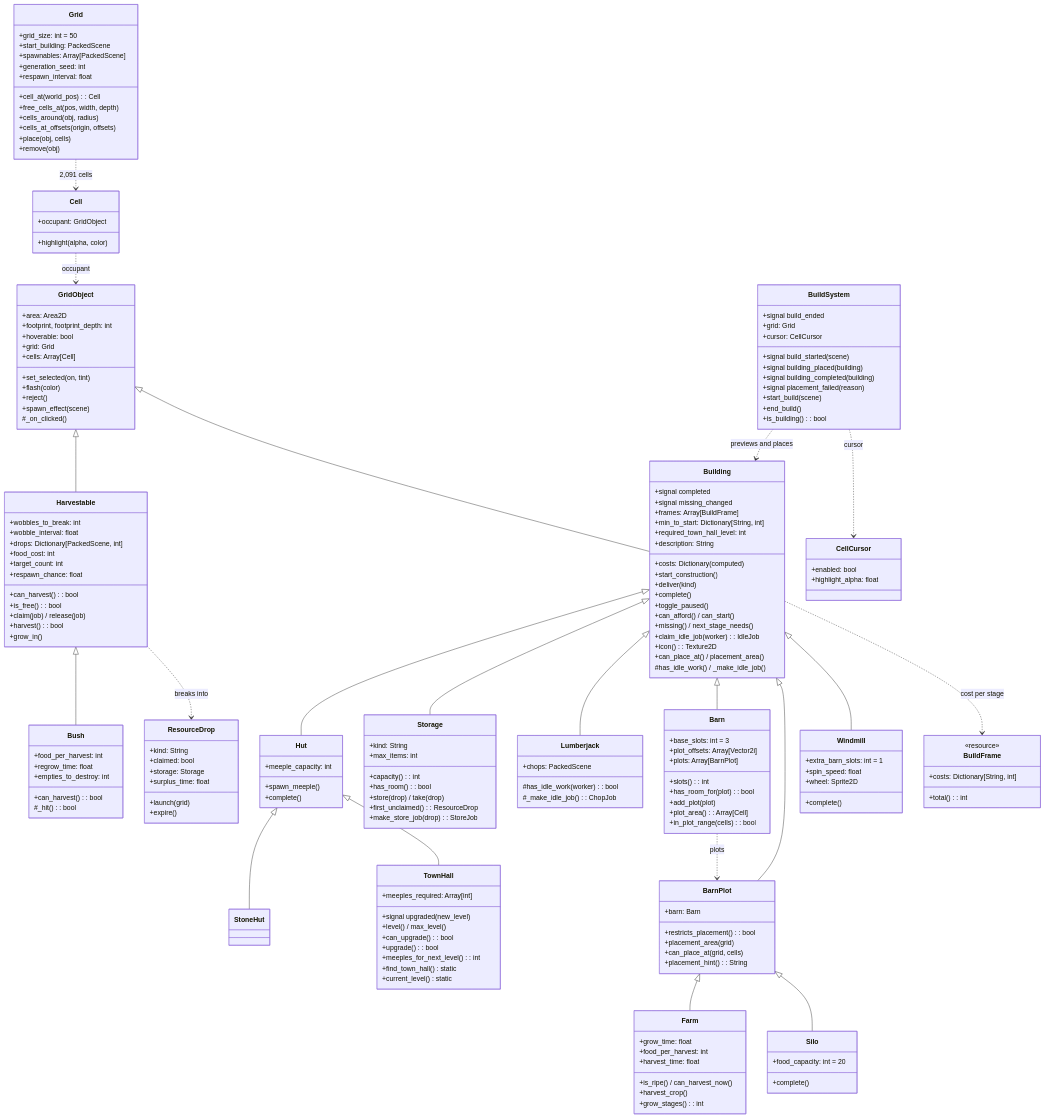
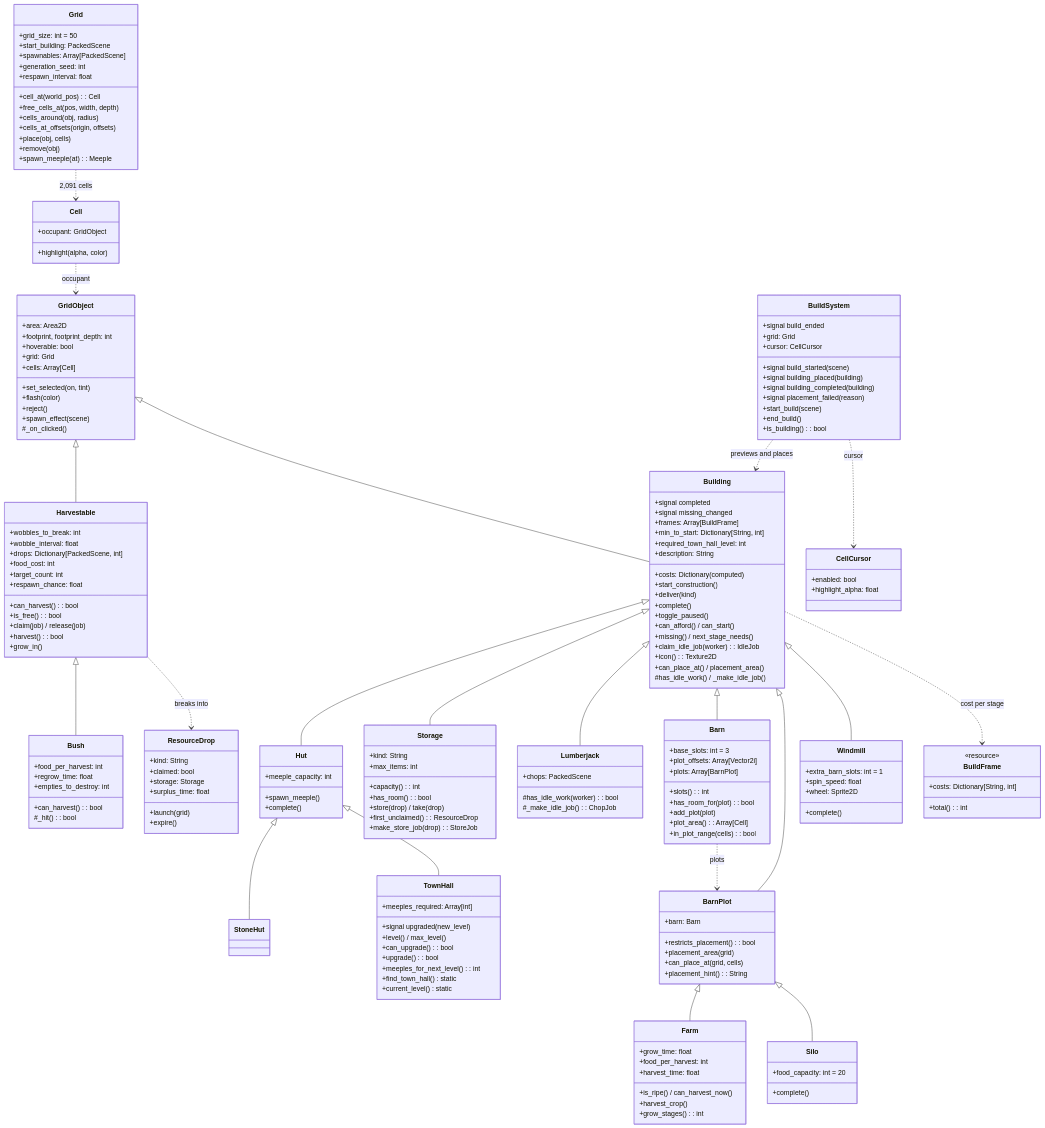
The eighth of 10 diagrams in docs/architecture.md (Liam-M-Mays/game-jam-2026), drawn with Mermaid before and after one commit. The commit also changed other lines of this file and 9 other files, not shown here.

```diff
--- a/docs/architecture.md
+++ b/docs/architecture.md
@@ -310,6 +313,7 @@
         +cells_at_offsets(origin, offsets)
         +place(obj, cells)
         +remove(obj)
+        +spawn_meeple(at): Meeple
     }
     class Cell {
         +occupant: GridObject
```
